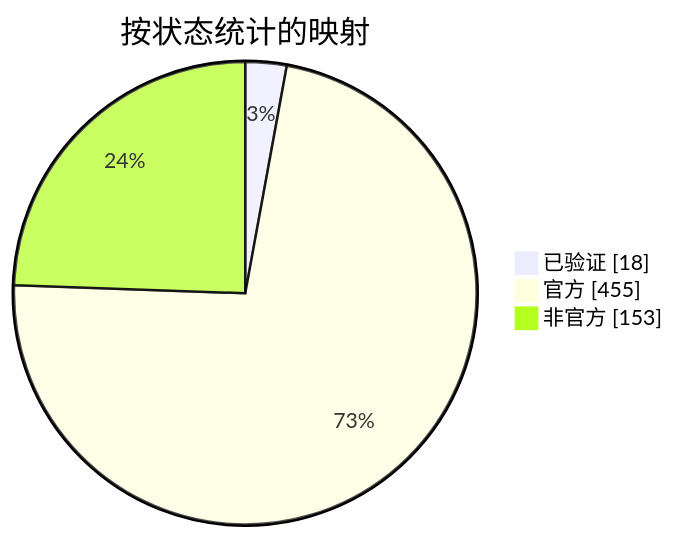
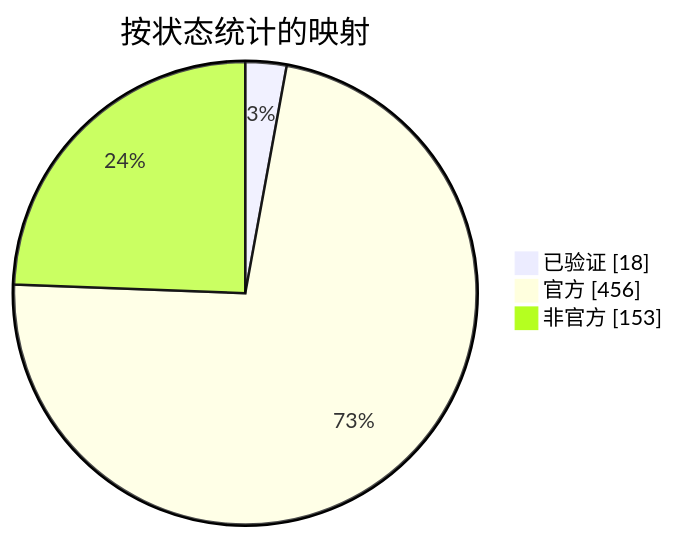
One commit to nobrega8/mbmap-library changed the diagram in docs/readme/README_ZHS.md. Above: the diagram before and after it, drawn with Mermaid. The commit also changed 6 other files, not shown here.

````diff
--- a/docs/readme/README_ZHS.md
+++ b/docs/readme/README_ZHS.md
@@ -54,7 +54,7 @@
 ```mermaid
 pie showData
     title 按状态统计的映射
     "已验证" : 18
-    "官方" : 455
+    "官方" : 456
     "非官方" : 153
 ```
````
